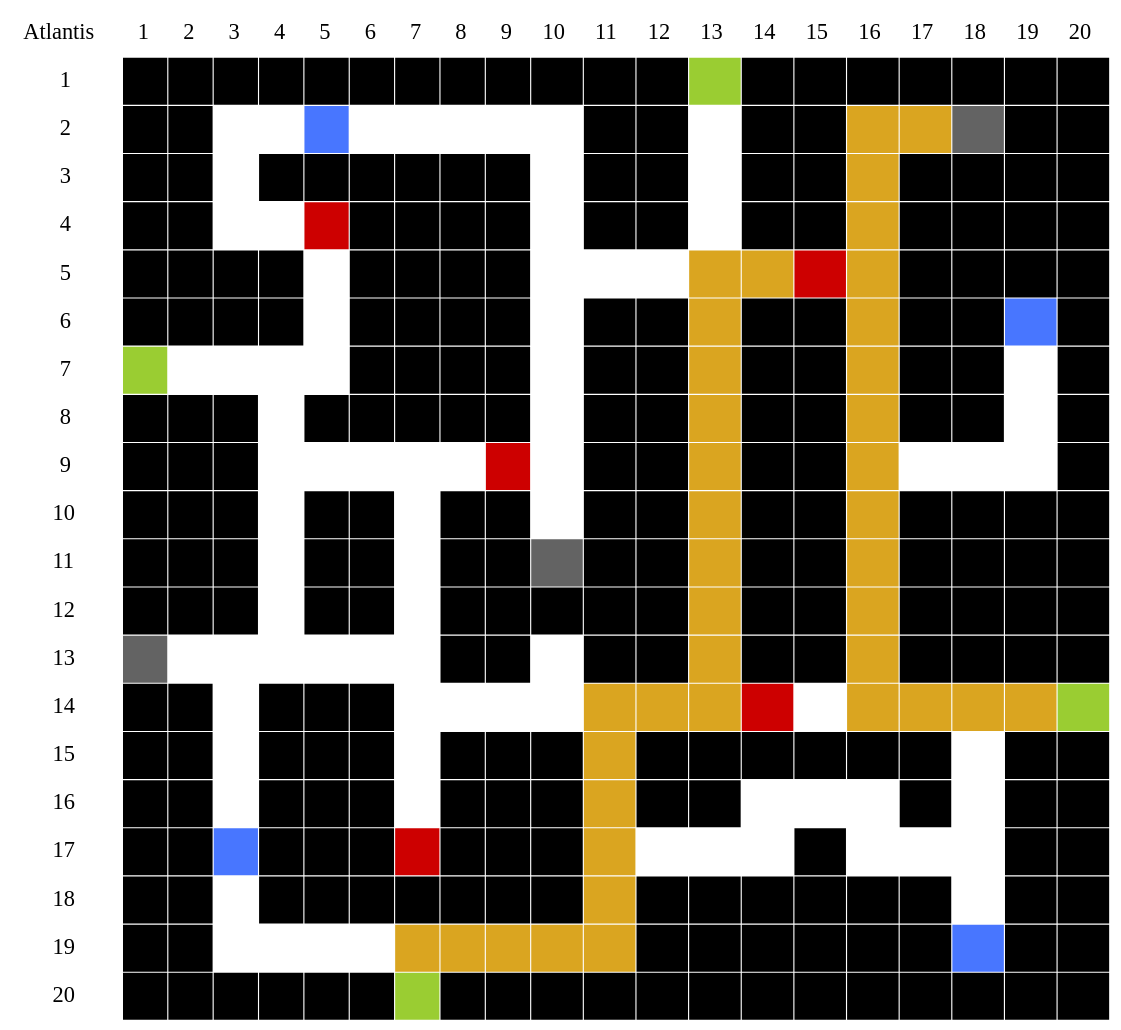
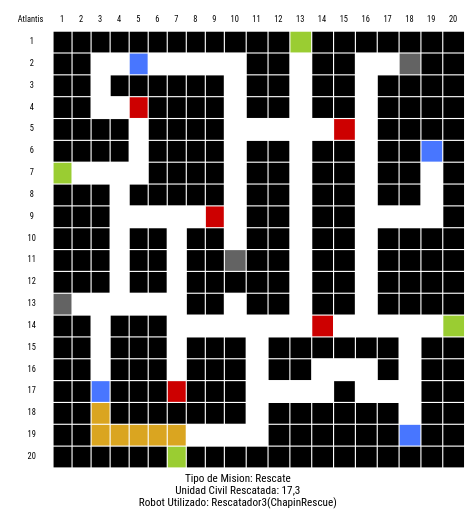
One commit to rodrialeh01/IPC2_Proyecto2_201900042 changed the diagram in MapasOperados/MisionRescate_Atlantis.dot. Above: the diagram before and after it, drawn with Graphviz. The commit also changed 14 other files, not shown here.

Commit message:
Editando las graficas de graphviz y validando la generacion de mapas de exito

```diff
--- a/MapasOperados/MisionRescate_Atlantis.dot
+++ b/MapasOperados/MisionRescate_Atlantis.dot
@@ -1,7 +1,7 @@
 digraph structs {
 	node [shape=plaintext]
-	patron [fontsize="40pt", label=<
-<TABLE BORDER="0" CELLBORDER="0" CELLSPACING="2" CELLPADDING="20">
+	patron [fontname="Roboto Condensed"fontsize="15pt", label=<
+<TABLE BORDER="0" CELLBORDER="0" CELLSPACING="2" CELLPADDING="10">
 <TR>
     <TD border="0">Atlantis</TD><TD border="0">1</TD><TD border="0">2</TD><TD border="0">3</TD><TD border="0">4</TD><TD border="0">5</TD><TD border="0">6</TD><TD border="0">7</TD><TD border="0">8</TD><TD border="0">9</TD><TD border="0">10</TD><TD border="0">11</TD><TD border="0">12</TD><TD border="0">13</TD><TD border="0">14</TD><TD border="0">15</TD><TD border="0">16</TD><TD border="0">17</TD><TD border="0">18</TD><TD border="0">19</TD><TD border="0">20</TD>
 </TR>
@@ -44,8 +44,8 @@
 <TD>   </TD>
 <TD bgcolor="black">   </TD>
 <TD bgcolor="black">   </TD>
-<TD bgcolor="goldenrod">   </TD>
-<TD bgcolor="goldenrod">   </TD>
+<TD>   </TD>
+<TD>   </TD>
 <TD bgcolor="grey39">   </TD>
 <TD bgcolor="black">   </TD>
 <TD bgcolor="black">   </TD></TR>
@@ -66,7 +66,7 @@
 <TD>   </TD>
 <TD bgcolor="black">   </TD>
 <TD bgcolor="black">   </TD>
-<TD bgcolor="goldenrod">   </TD>
+<TD>   </TD>
 <TD bgcolor="black">   </TD>
 <TD bgcolor="black">   </TD>
 <TD bgcolor="black">   </TD>
@@ -88,7 +88,7 @@
 <TD>   </TD>
 <TD bgcolor="black">   </TD>
 <TD bgcolor="black">   </TD>
-<TD bgcolor="goldenrod">   </TD>
+<TD>   </TD>
 <TD bgcolor="black">   </TD>
 <TD bgcolor="black">   </TD>
 <TD bgcolor="black">   </TD>
@@ -107,10 +107,10 @@
 <TD>   </TD>
 <TD>   </TD>
 <TD>   </TD>
-<TD bgcolor="goldenrod">   </TD>
-<TD bgcolor="goldenrod">   </TD>
+<TD>   </TD>
+<TD>   </TD>
 <TD bgcolor="red3">   </TD>
-<TD bgcolor="goldenrod">   </TD>
+<TD>   </TD>
 <TD bgcolor="black">   </TD>
 <TD bgcolor="black">   </TD>
 <TD bgcolor="black">   </TD>
@@ -129,10 +129,10 @@
 <TD>   </TD>
 <TD bgcolor="black">   </TD>
 <TD bgcolor="black">   </TD>
-<TD bgcolor="goldenrod">   </TD>
+<TD>   </TD>
 <TD bgcolor="black">   </TD>
 <TD bgcolor="black">   </TD>
-<TD bgcolor="goldenrod">   </TD>
+<TD>   </TD>
 <TD bgcolor="black">   </TD>
 <TD bgcolor="black">   </TD>
 <TD bgcolor="royalblue1">   </TD>
@@ -151,10 +151,10 @@
 <TD>   </TD>
 <TD bgcolor="black">   </TD>
 <TD bgcolor="black">   </TD>
-<TD bgcolor="goldenrod">   </TD>
+<TD>   </TD>
 <TD bgcolor="black">   </TD>
 <TD bgcolor="black">   </TD>
-<TD bgcolor="goldenrod">   </TD>
+<TD>   </TD>
 <TD bgcolor="black">   </TD>
 <TD bgcolor="black">   </TD>
 <TD>   </TD>
@@ -173,10 +173,10 @@
 <TD>   </TD>
 <TD bgcolor="black">   </TD>
 <TD bgcolor="black">   </TD>
-<TD bgcolor="goldenrod">   </TD>
+<TD>   </TD>
 <TD bgcolor="black">   </TD>
 <TD bgcolor="black">   </TD>
-<TD bgcolor="goldenrod">   </TD>
+<TD>   </TD>
 <TD bgcolor="black">   </TD>
 <TD bgcolor="black">   </TD>
 <TD>   </TD>
@@ -195,10 +195,10 @@
 <TD>   </TD>
 <TD bgcolor="black">   </TD>
 <TD bgcolor="black">   </TD>
-<TD bgcolor="goldenrod">   </TD>
+<TD>   </TD>
 <TD bgcolor="black">   </TD>
 <TD bgcolor="black">   </TD>
-<TD bgcolor="goldenrod">   </TD>
+<TD>   </TD>
 <TD>   </TD>
 <TD>   </TD>
 <TD>   </TD>
@@ -217,10 +217,10 @@
 <TD>   </TD>
 <TD bgcolor="black">   </TD>
 <TD bgcolor="black">   </TD>
-<TD bgcolor="goldenrod">   </TD>
+<TD>   </TD>
 <TD bgcolor="black">   </TD>
 <TD bgcolor="black">   </TD>
-<TD bgcolor="goldenrod">   </TD>
+<TD>   </TD>
 <TD bgcolor="black">   </TD>
 <TD bgcolor="black">   </TD>
 <TD bgcolor="black">   </TD>
@@ -239,10 +239,10 @@
 <TD bgcolor="grey39">   </TD>
 <TD bgcolor="black">   </TD>
 <TD bgcolor="black">   </TD>
-<TD bgcolor="goldenrod">   </TD>
+<TD>   </TD>
 <TD bgcolor="black">   </TD>
 <TD bgcolor="black">   </TD>
-<TD bgcolor="goldenrod">   </TD>
+<TD>   </TD>
 <TD bgcolor="black">   </TD>
 <TD bgcolor="black">   </TD>
 <TD bgcolor="black">   </TD>
@@ -261,10 +261,10 @@
 <TD bgcolor="black">   </TD>
 <TD bgcolor="black">   </TD>
 <TD bgcolor="black">   </TD>
-<TD bgcolor="goldenrod">   </TD>
+<TD>   </TD>
 <TD bgcolor="black">   </TD>
 <TD bgcolor="black">   </TD>
-<TD bgcolor="goldenrod">   </TD>
+<TD>   </TD>
 <TD bgcolor="black">   </TD>
 <TD bgcolor="black">   </TD>
 <TD bgcolor="black">   </TD>
@@ -283,10 +283,10 @@
 <TD>   </TD>
 <TD bgcolor="black">   </TD>
 <TD bgcolor="black">   </TD>
-<TD bgcolor="goldenrod">   </TD>
+<TD>   </TD>
 <TD bgcolor="black">   </TD>
 <TD bgcolor="black">   </TD>
-<TD bgcolor="goldenrod">   </TD>
+<TD>   </TD>
 <TD bgcolor="black">   </TD>
 <TD bgcolor="black">   </TD>
 <TD bgcolor="black">   </TD>
@@ -303,15 +303,15 @@
 <TD>   </TD>
 <TD>   </TD>
 <TD>   </TD>
-<TD bgcolor="goldenrod">   </TD>
-<TD bgcolor="goldenrod">   </TD>
-<TD bgcolor="goldenrod">   </TD>
+<TD>   </TD>
+<TD>   </TD>
+<TD>   </TD>
 <TD bgcolor="red3">   </TD>
 <TD>   </TD>
-<TD bgcolor="goldenrod">   </TD>
-<TD bgcolor="goldenrod">   </TD>
-<TD bgcolor="goldenrod">   </TD>
-<TD bgcolor="goldenrod">   </TD>
+<TD>   </TD>
+<TD>   </TD>
+<TD>   </TD>
+<TD>   </TD>
 <TD bgcolor="yellowgreen">   </TD></TR>
 <TR>
         <TD border="0">15</TD>
@@ -325,7 +325,7 @@
 <TD bgcolor="black">   </TD>
 <TD bgcolor="black">   </TD>
 <TD bgcolor="black">   </TD>
-<TD bgcolor="goldenrod">   </TD>
+<TD>   </TD>
 <TD bgcolor="black">   </TD>
 <TD bgcolor="black">   </TD>
 <TD bgcolor="black">   </TD>
@@ -347,7 +347,7 @@
 <TD bgcolor="black">   </TD>
 <TD bgcolor="black">   </TD>
 <TD bgcolor="black">   </TD>
-<TD bgcolor="goldenrod">   </TD>
+<TD>   </TD>
 <TD bgcolor="black">   </TD>
 <TD bgcolor="black">   </TD>
 <TD>   </TD>
@@ -369,7 +369,7 @@
 <TD bgcolor="black">   </TD>
 <TD bgcolor="black">   </TD>
 <TD bgcolor="black">   </TD>
-<TD bgcolor="goldenrod">   </TD>
+<TD>   </TD>
 <TD>   </TD>
 <TD>   </TD>
 <TD>   </TD>
@@ -383,7 +383,7 @@
         <TD border="0">18</TD>
 <TD bgcolor="black">   </TD>
 <TD bgcolor="black">   </TD>
-<TD>   </TD>
+<TD bgcolor="goldenrod">   </TD>
 <TD bgcolor="black">   </TD>
 <TD bgcolor="black">   </TD>
 <TD bgcolor="black">   </TD>
@@ -391,7 +391,7 @@
 <TD bgcolor="black">   </TD>
 <TD bgcolor="black">   </TD>
 <TD bgcolor="black">   </TD>
-<TD bgcolor="goldenrod">   </TD>
+<TD>   </TD>
 <TD bgcolor="black">   </TD>
 <TD bgcolor="black">   </TD>
 <TD bgcolor="black">   </TD>
@@ -405,15 +405,15 @@
         <TD border="0">19</TD>
 <TD bgcolor="black">   </TD>
 <TD bgcolor="black">   </TD>
-<TD>   </TD>
-<TD>   </TD>
-<TD>   </TD>
-<TD>   </TD>
 <TD bgcolor="goldenrod">   </TD>
 <TD bgcolor="goldenrod">   </TD>
 <TD bgcolor="goldenrod">   </TD>
 <TD bgcolor="goldenrod">   </TD>
 <TD bgcolor="goldenrod">   </TD>
+<TD>   </TD>
+<TD>   </TD>
+<TD>   </TD>
+<TD>   </TD>
 <TD bgcolor="black">   </TD>
 <TD bgcolor="black">   </TD>
 <TD bgcolor="black">   </TD>
@@ -444,5 +444,5 @@
 <TD bgcolor="black">   </TD>
 <TD bgcolor="black">   </TD>
 <TD bgcolor="black">   </TD>
-<TD bgcolor="black">   </TD></TR></TABLE>>]
+<TD bgcolor="black">   </TD></TR></TABLE>>]fontname="Roboto Condensed"fontsize="20pt"label="Tipo de Mision: Rescate\nUnidad Civil Rescatada: 17,3\nRobot Utilizado: Rescatador3(ChapinRescue)"
 }
```
